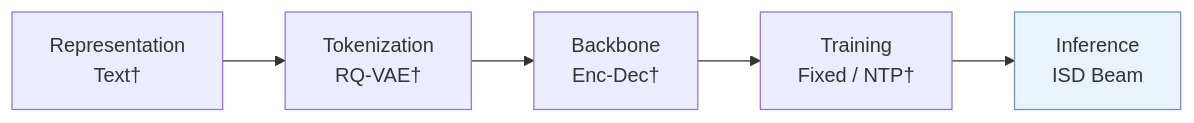
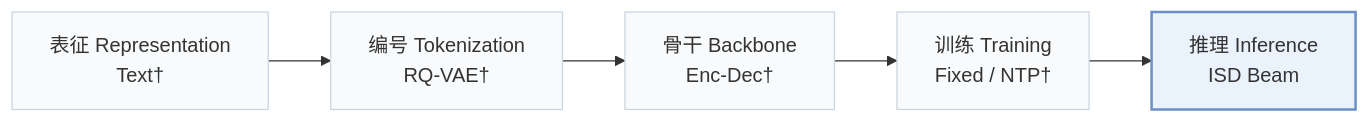
One commit to Galaxy-ghost/Awesome-SID-Generative-Rec changed the first of 2 diagrams in pages/zh/papers/isd.md. Above: the diagram before and after it, drawn with Mermaid. The commit also changed other lines of this file and 649 other files, not shown here.

Commit message:
writer-05: also tags and modality index (schema, check, build, visuals); summary field removed; calibration data for 12 papers

````diff
--- a/pages/zh/papers/isd.md
+++ b/pages/zh/papers/isd.md
@@ -13,6 +15,8 @@
 ```mermaid
 flowchart LR
-    R["Representation<br/>Text†"] --> T["Tokenization<br/>RQ-VAE†"] --> B["Backbone<br/>Enc-Dec†"] --> TR["Training<br/>Fixed / NTP†"] --> I["Inference<br/>ISD Beam"]
-    classDef main fill:#eaf2fb,stroke:#6b8fc7
+    R["表征 Representation<br/>Text†"] --> T["编号 Tokenization<br/>RQ-VAE†"] --> B["骨干 Backbone<br/>Enc-Dec†"] --> TR["训练 Training<br/>Fixed / NTP†"] --> I["推理 Inference<br/>ISD Beam"]
+    classDef base fill:#f8fafc,stroke:#cbd5e1
+    class R,T,B,TR,I base
+    classDef main fill:#eaf2fb,stroke:#6b8fc7,stroke-width:2px
     class I main
 ```
````
